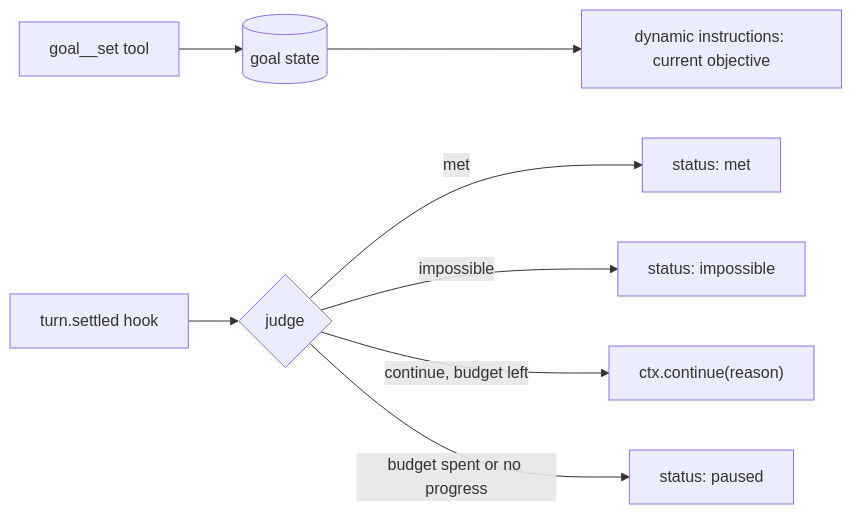
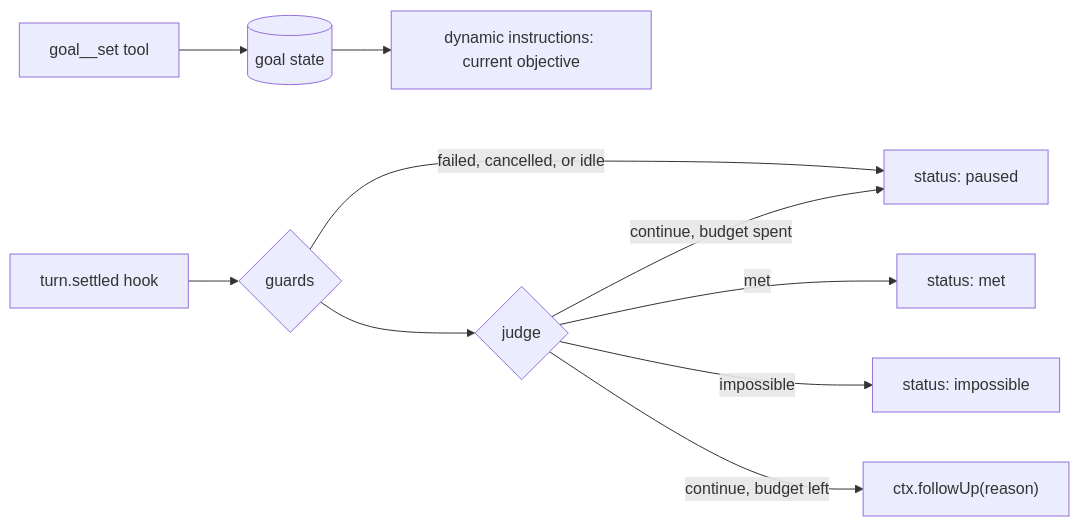
Before and after one commit to vercel/eve: the diagram in research/session-goals.md, drawn with Mermaid. The commit also changed other lines of this file and 12 other files, not shown here.

````diff
--- a/research/session-goals.md
+++ b/research/session-goals.md
@@ -112,10 +114,12 @@
 ```mermaid
 flowchart LR
   Set["goal__set tool"] --> State[("goal state")]
   State --> Instr["dynamic instructions: current objective"]
-  Turn["turn.settled hook"] --> Judge{"judge"}
+  Turn["turn.settled hook"] --> Guards{"guards"}
+  Guards -->|failed, cancelled, or idle| Paused["status: paused"]
+  Guards --> Judge{"judge"}
   Judge -->|met| Done["status: met"]
   Judge -->|impossible| Failed["status: impossible"]
-  Judge -->|continue, budget left| Cont["ctx.continue(reason)"]
-  Judge -->|budget spent or no progress| Paused["status: paused"]
+  Judge -->|continue, budget left| Cont["ctx.followUp(reason)"]
+  Judge -->|continue, budget spent| Paused
 ```
````
